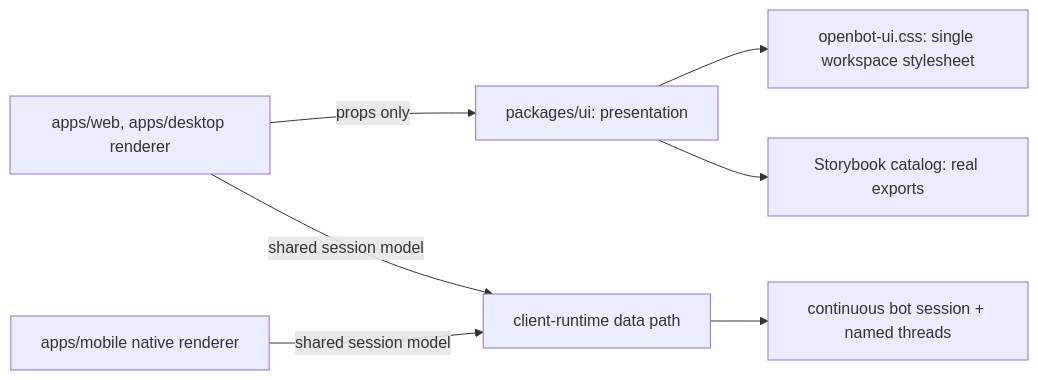
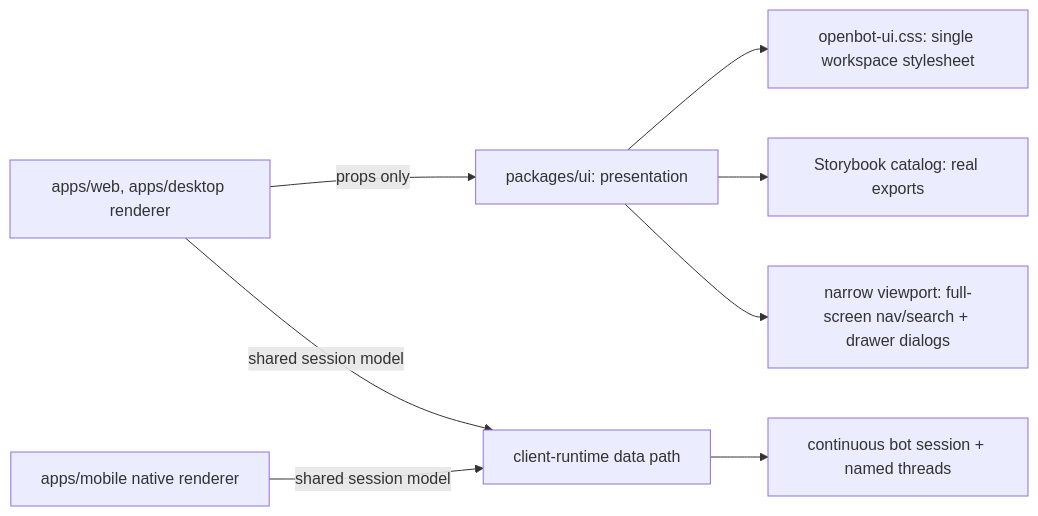
One commit to trytilde/dispatch changed the diagram in docs/adrs/0023-workspace-ui-package-owns-presentation.md. Above: the diagram before and after it, drawn with Mermaid. The commit also changed other lines of this file and 15 other files, not shown here.

````diff
--- a/docs/adrs/0023-workspace-ui-package-owns-presentation.md
+++ b/docs/adrs/0023-workspace-ui-package-owns-presentation.md
@@ -43,9 +52,10 @@
 ```mermaid
 flowchart LR
   A["apps/web, apps/desktop renderer"] -->|"props only"| U["packages/ui: presentation"]
   M["apps/mobile native renderer"] -->|"shared session model"| D["client-runtime data path"]
   A -->|"shared session model"| D
   D --> T["continuous bot session + named threads"]
   U --> C["openbot-ui.css: single workspace stylesheet"]
   U --> S["Storybook catalog: real exports"]
+  U --> R["narrow viewport: full-screen nav/search + drawer dialogs"]
 ```
````
